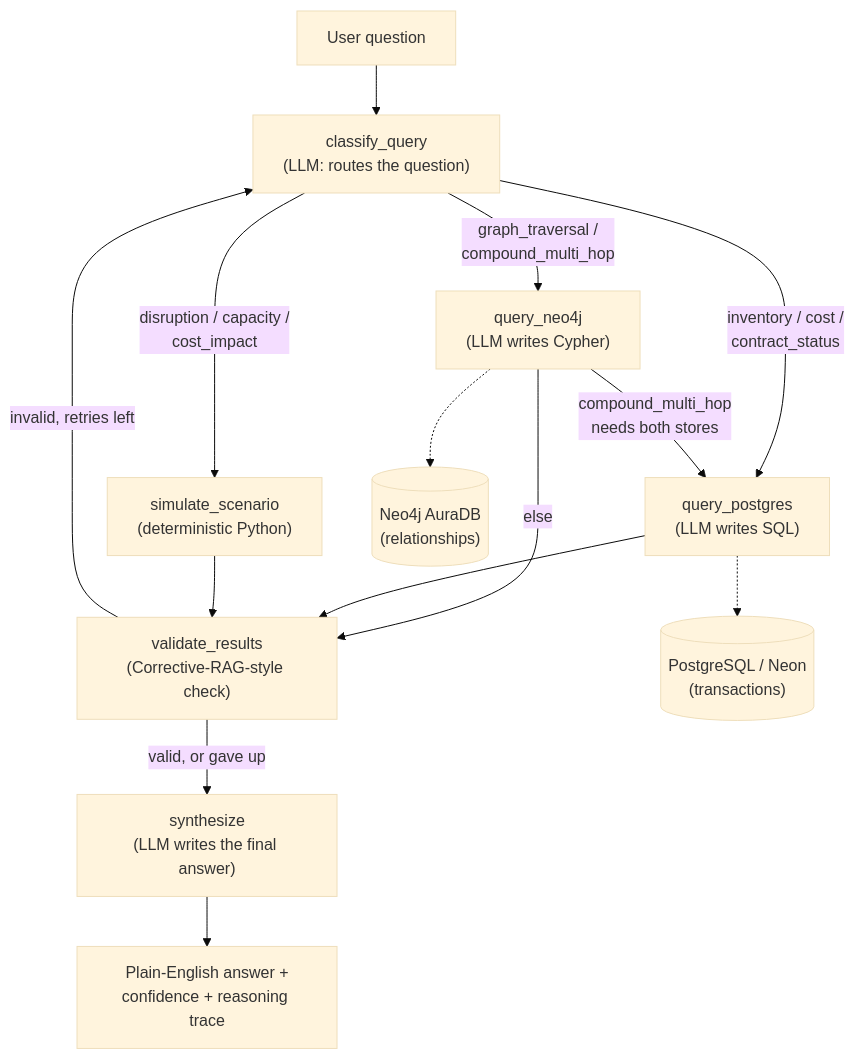
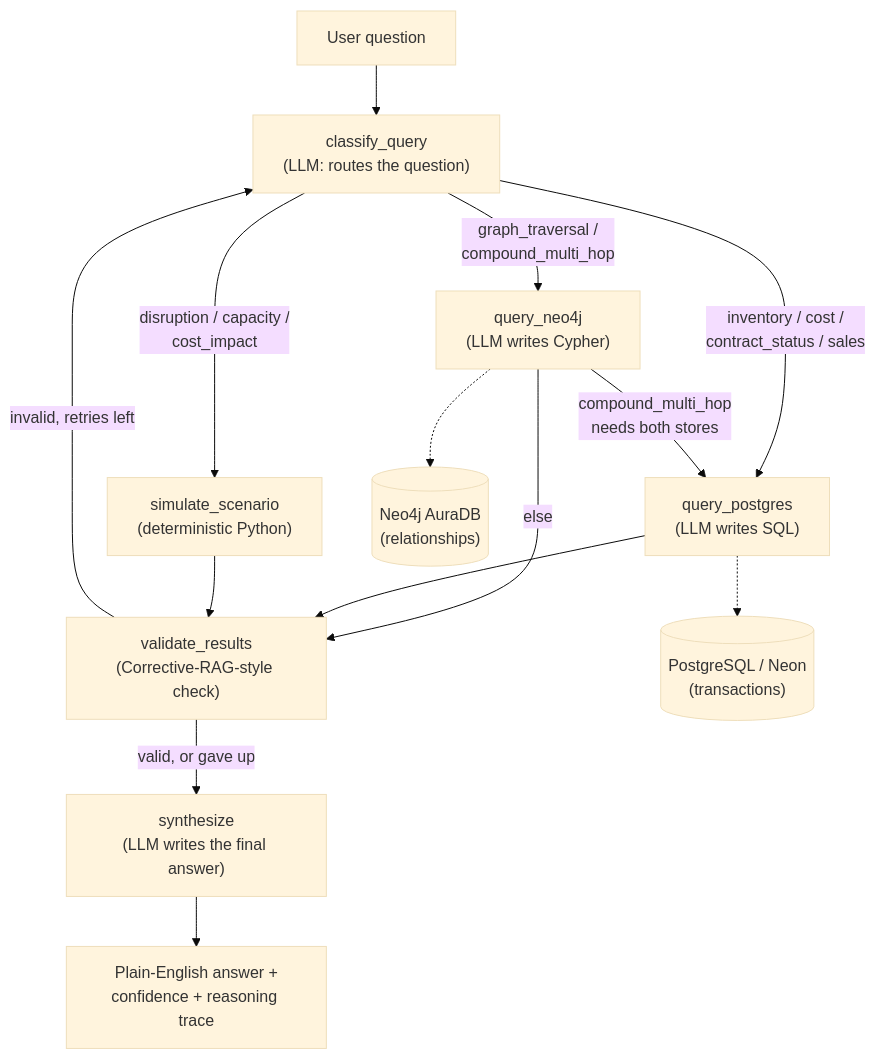
One commit to vishnuanalytics/supply_chain_digital_twin changed the diagram in README.md. Above: the diagram before and after it, drawn with Mermaid (base theme). The commit also changed other lines of this file and 17 other files, not shown here.

````diff
--- a/README.md
+++ b/README.md
@@ -35,17 +35,17 @@
 ```mermaid
 flowchart TD
     Q["User question"] --> CQ["classify_query<br/>(LLM: routes the question)"]
     CQ -->|"graph_traversal /<br/>compound_multi_hop"| QN["query_neo4j<br/>(LLM writes Cypher)"]
-    CQ -->|"inventory / cost /<br/>contract_status"| QP["query_postgres<br/>(LLM writes SQL)"]
+    CQ -->|"inventory / cost /<br/>contract_status / sales"| QP["query_postgres<br/>(LLM writes SQL)"]
     CQ -->|"disruption / capacity /<br/>cost_impact"| SIM["simulate_scenario<br/>(deterministic Python)"]
     QN -->|"compound_multi_hop<br/>needs both stores"| QP
     QN -->|"else"| VR
     QP --> VR["validate_results<br/>(Corrective-RAG-style check)"]
     SIM --> VR
     VR -->|"invalid, retries left"| CQ
     VR -->|"valid, or gave up"| SY["synthesize<br/>(LLM writes the final answer)"]
     SY --> A["Plain-English answer +<br/>confidence + reasoning trace"]
 
     QN -.-> N4J[("Neo4j AuraDB<br/>(relationships)")]
     QP -.-> PG[("PostgreSQL / Neon<br/>(transactions)")]
 ```
````
